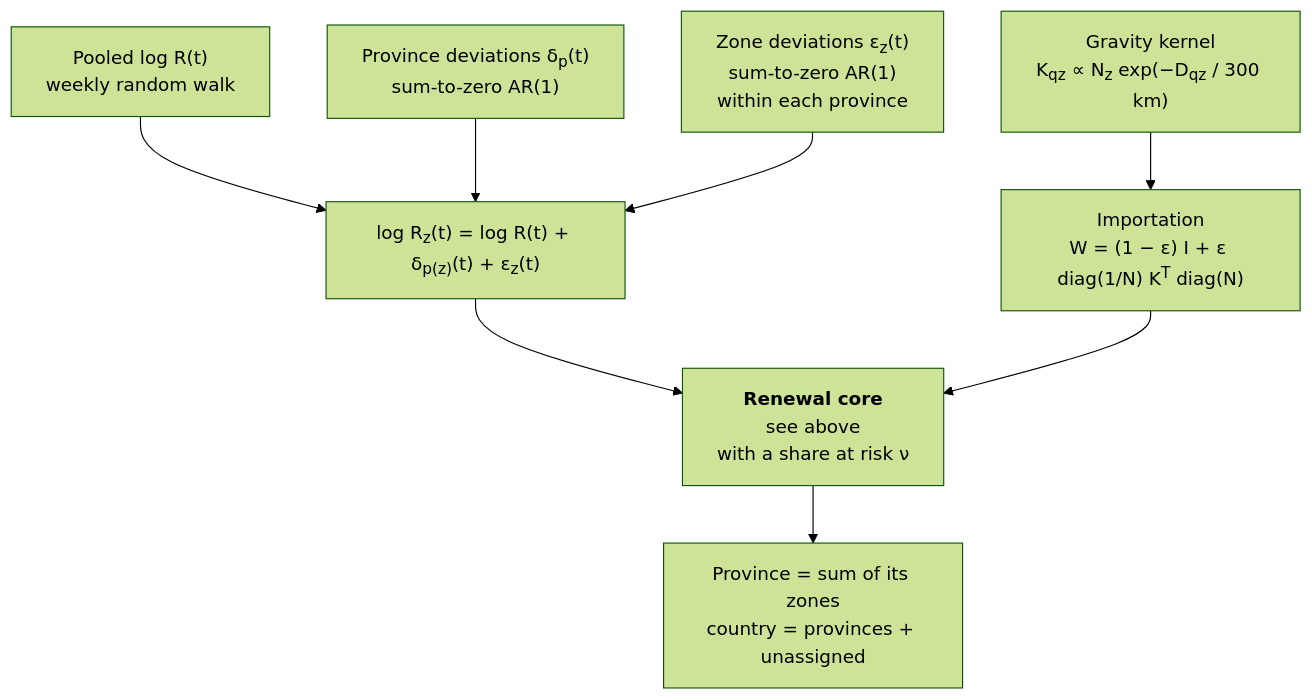
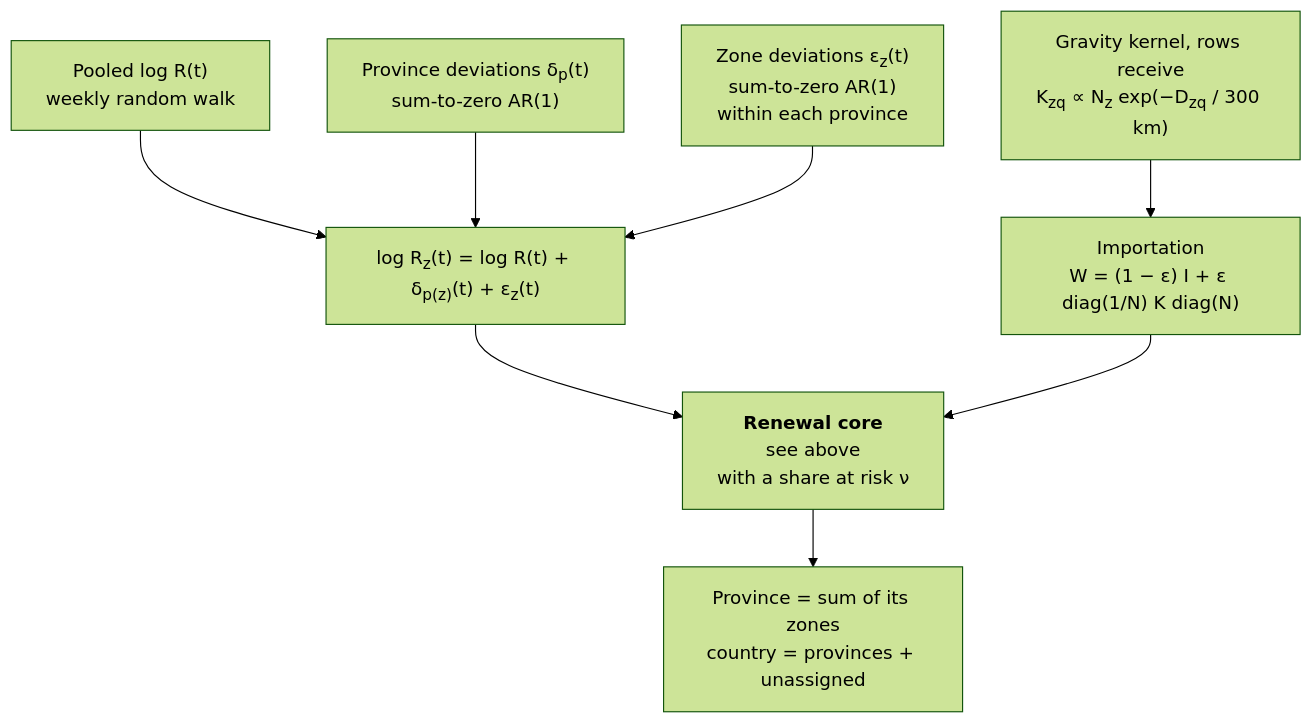
Before and after one commit to seabbs/bdbv-hub-modelling: the third of 4 diagrams in docs/methods/model.md, drawn with Mermaid (forest theme). The commit also changed other lines of this file and 16 other files, not shown here.

````diff
--- a/docs/methods/model.md
+++ b/docs/methods/model.md
@@ -207,19 +207,19 @@
 ```mermaid
 flowchart TD
     LR["Pooled log R(t)<br/>weekly random walk"]
     DV["Province deviations δ<sub>p</sub>(t)<br/>sum-to-zero AR(1)"]
     ZV["Zone deviations ε<sub>z</sub>(t)<br/>sum-to-zero AR(1)<br/>within each province"]
     RP["log R<sub>z</sub>(t) = log R(t) + δ<sub>p(z)</sub>(t) + ε<sub>z</sub>(t)"]
-    K["Gravity kernel<br/>K<sub>qz</sub> ∝ N<sub>z</sub> exp(−D<sub>qz</sub> / 300 km)"]
-    W["Importation<br/>W = (1 − ε) I + ε diag(1/N) K<sup>T</sup> diag(N)"]
+    K["Gravity kernel, rows receive<br/>K<sub>zq</sub> ∝ N<sub>z</sub> exp(−D<sub>zq</sub> / 300 km)"]
+    W["Importation<br/>W = (1 − ε) I + ε diag(1/N) K diag(N)"]
     CORE["<b>Renewal core</b><br/>see above<br/>with a share at risk ν"]
     SUM["Province = sum of its zones<br/>country = provinces + unassigned"]
 
     LR --> RP
     DV --> RP
     ZV --> RP
     K --> W
     RP --> CORE
     W --> CORE
     CORE --> SUM
 ```
````
